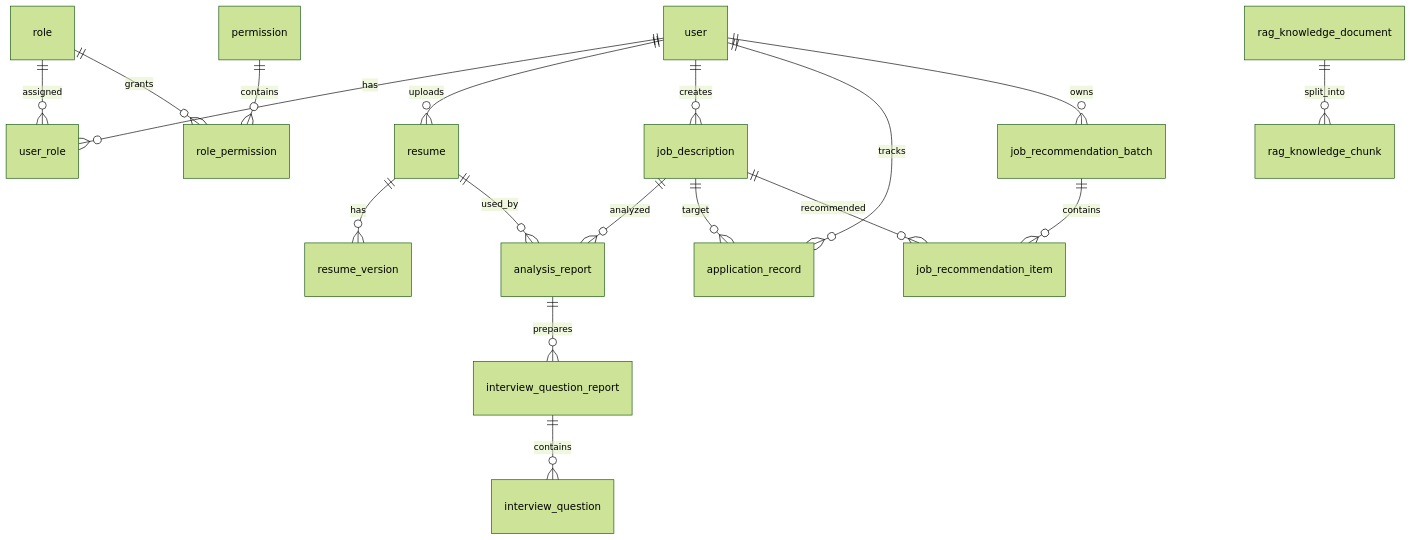
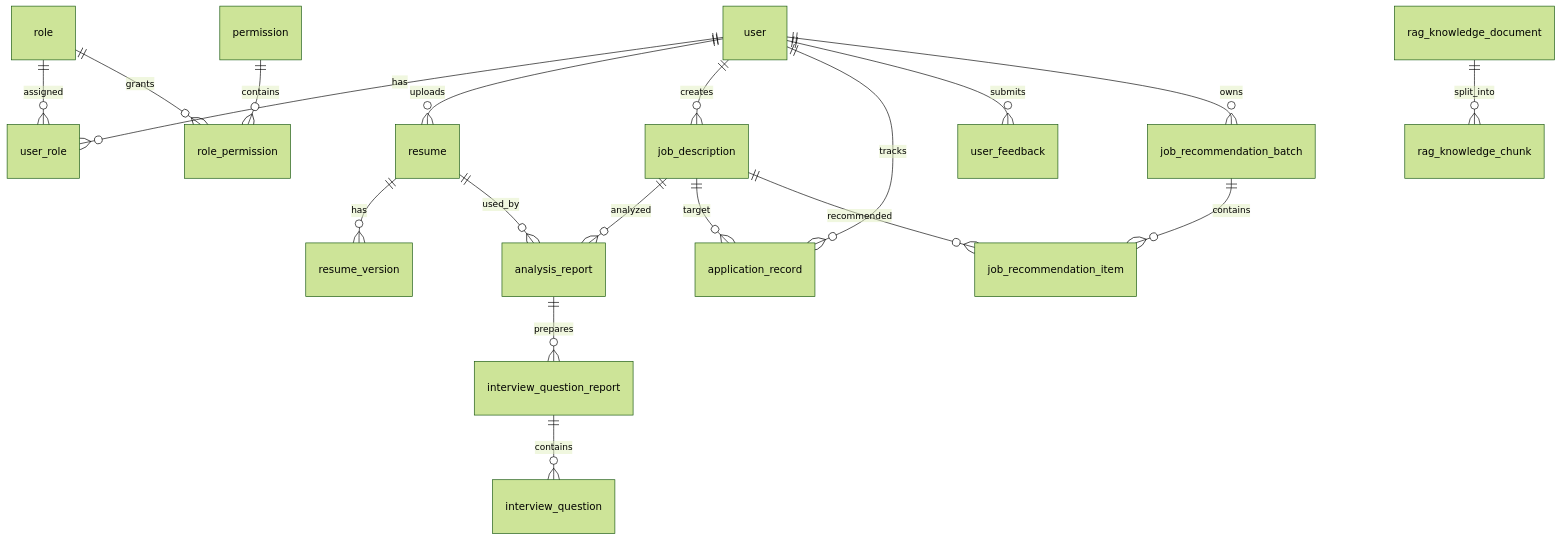
The fourth of 4 diagrams in README.md (wan719/intern-pilot), drawn with Mermaid (forest theme) before and after one commit. The commit also changed other lines of this file, not shown here.

````diff
--- a/README.md
+++ b/README.md
@@ -410,20 +435,21 @@
 ```mermaid
 erDiagram
     user ||--o{ user_role : has
     role ||--o{ user_role : assigned
     role ||--o{ role_permission : grants
     permission ||--o{ role_permission : contains
     user ||--o{ resume : uploads
     resume ||--o{ resume_version : has
     user ||--o{ job_description : creates
     job_description ||--o{ analysis_report : analyzed
     resume ||--o{ analysis_report : used_by
     user ||--o{ application_record : tracks
+    user ||--o{ user_feedback : submits
     job_description ||--o{ application_record : target
     user ||--o{ job_recommendation_batch : owns
     job_recommendation_batch ||--o{ job_recommendation_item : contains
     job_description ||--o{ job_recommendation_item : recommended
     analysis_report ||--o{ interview_question_report : prepares
     interview_question_report ||--o{ interview_question : contains
     rag_knowledge_document ||--o{ rag_knowledge_chunk : split_into
 ```
````
